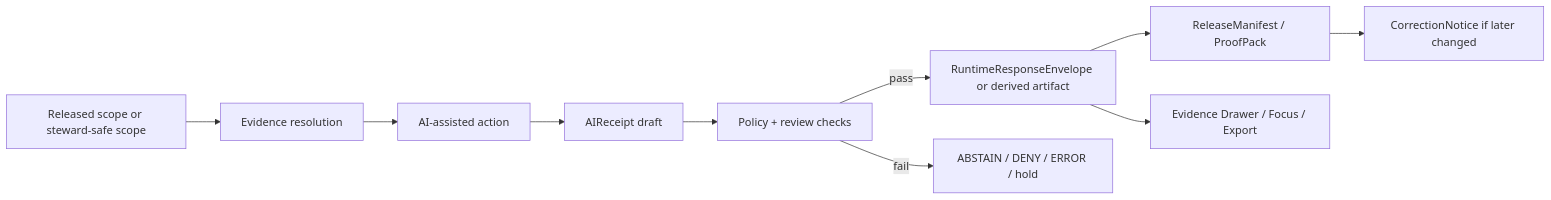
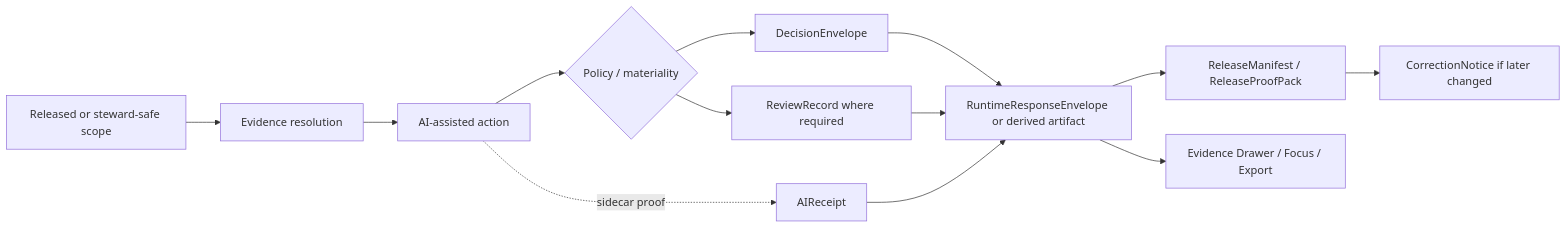
One commit to bartytime4life/Kansas-Frontier-Matrix changed the diagram in docs/security/ai-receipts/README.md. Above: the diagram before and after it, drawn with Mermaid. The commit also changed other lines of this file, not shown here.

````diff
--- a/docs/security/ai-receipts/README.md
+++ b/docs/security/ai-receipts/README.md
@@ -176,12 +311,15 @@
 ```mermaid
 flowchart LR
-    A[Released scope or steward-safe scope] --> B[Evidence resolution]
+    A[Released or steward-safe scope] --> B[Evidence resolution]
     B --> C[AI-assisted action]
-    C --> D[AIReceipt draft]
-    D --> E[Policy + review checks]
-    E -->|pass| F[RuntimeResponseEnvelope or derived artifact]
-    E -->|fail| G[ABSTAIN / DENY / ERROR / hold]
-    F --> H[ReleaseManifest / ProofPack]
-    F --> I[Evidence Drawer / Focus / Export]
-    H --> J[CorrectionNotice if later changed]
+    C --> D{Policy / materiality}
+    D --> E[DecisionEnvelope]
+    D --> F[ReviewRecord where required]
+    C -. sidecar proof .-> G[AIReceipt]
+    E --> H[RuntimeResponseEnvelope or derived artifact]
+    F --> H
+    G --> H
+    H --> I[ReleaseManifest / ReleaseProofPack]
+    H --> J[Evidence Drawer / Focus / Export]
+    I --> K[CorrectionNotice if later changed]
 ```
````
